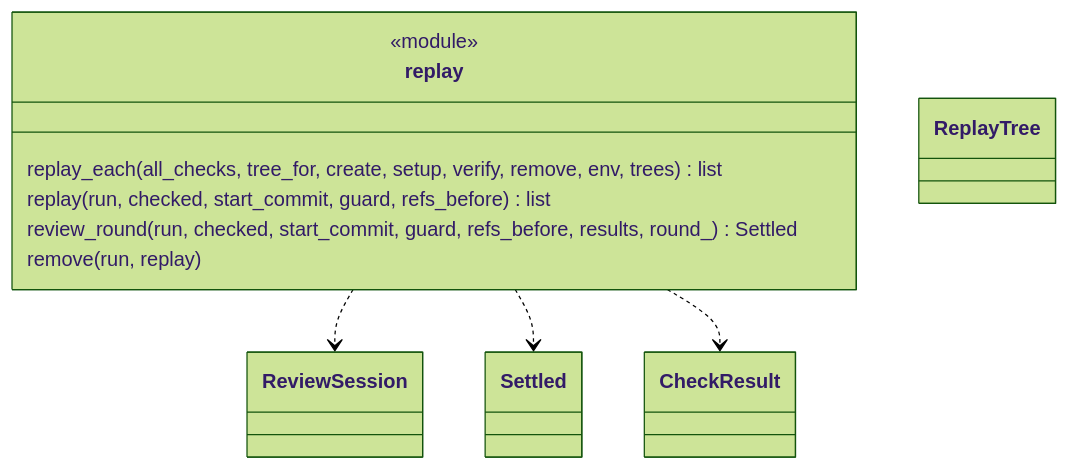
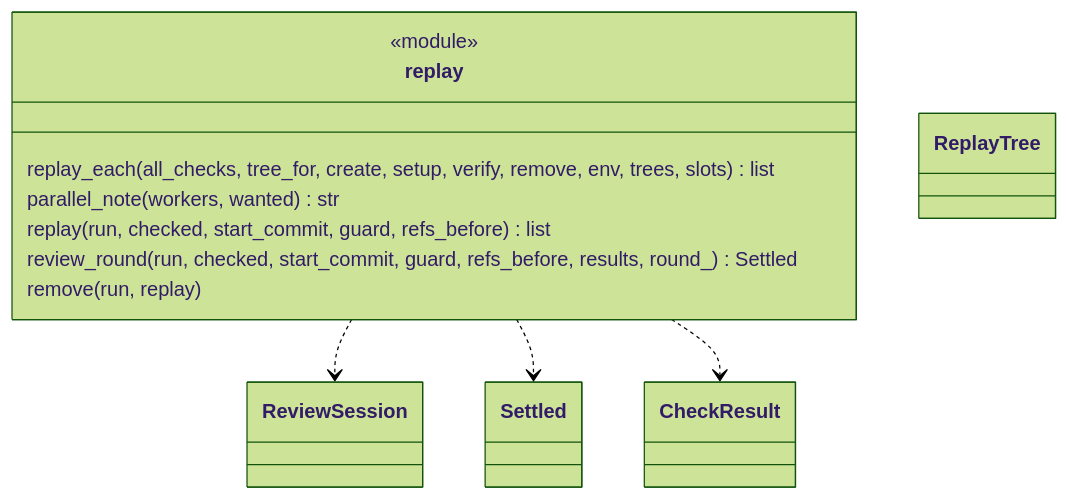
Before and after one commit to plaplanche/ariane: the second of 3 diagrams in docs/architecture/modules/replay.md, drawn with Mermaid (forest theme). The commit also changed other lines of this file and 26 other files, not shown here.

Commit message:
#143: Replay independent checks in parallel, each in its own tree and slot (C9)

````diff
--- a/docs/architecture/modules/replay.md
+++ b/docs/architecture/modules/replay.md
@@ -46,17 +49,18 @@
 ```mermaid
 classDiagram
 class replay {
   <<module>>
-  replay_each(all_checks, tree_for, create, setup, verify, remove, env, trees) list
+  replay_each(all_checks, tree_for, create, setup, verify, remove, env, trees, slots) list
+  parallel_note(workers, wanted) str
   replay(run, checked, start_commit, guard, refs_before) list
   review_round(run, checked, start_commit, guard, refs_before, results, round_) Settled
   remove(run, replay)
 }
 class ReplayTree
 class ReviewSession
 class Settled
 class CheckResult
 replay ..> ReviewSession
 replay ..> Settled
 replay ..> CheckResult
 ```
````
